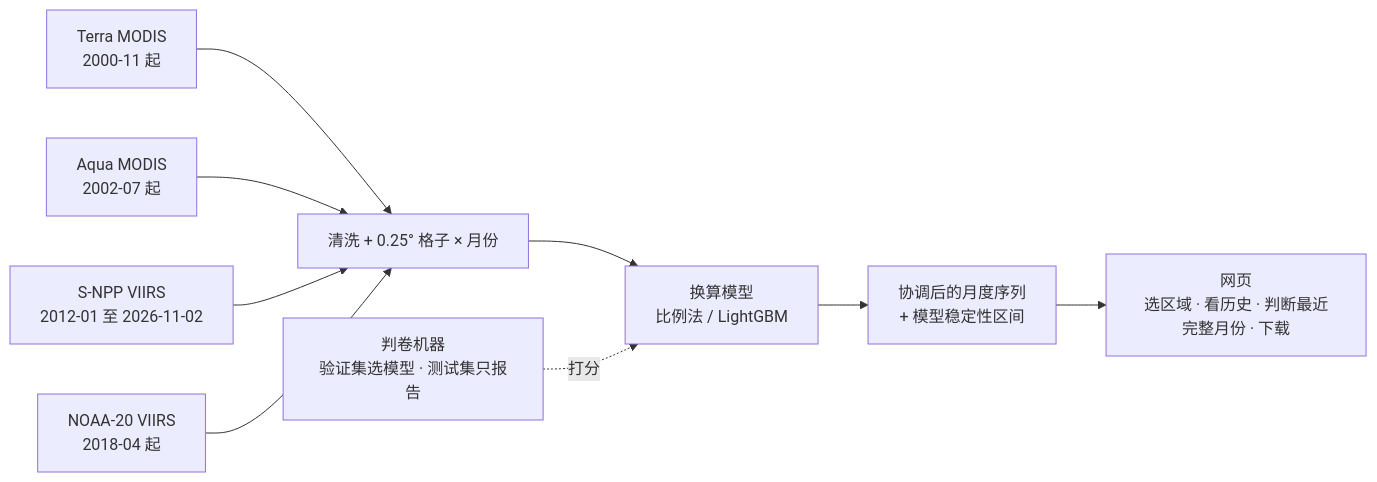
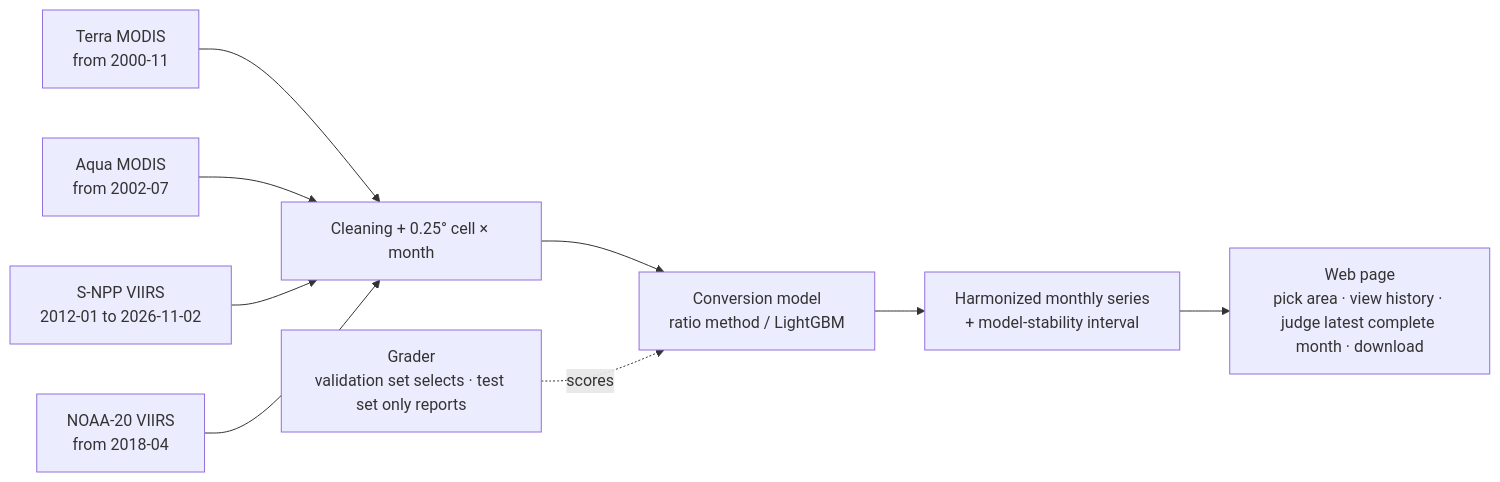
Before and after one commit to team-inspiratio/inspiratio-space-apps-2026-challenge: the diagram in docs/proposal.md, drawn with Mermaid. The commit also changed other lines of this file and 2 other files, not shown here.

````diff
--- a/docs/proposal.md
+++ b/docs/proposal.md
@@ -316,11 +316,11 @@
 ```mermaid
 flowchart LR
-  T[Terra MODIS<br/>2000-11 起] --> P[清洗 + 0.25° 格子 × 月份]
-  A[Aqua MODIS<br/>2002-07 起] --> P
-  S[S-NPP VIIRS<br/>2012-01 至 2026-11-02] --> P
-  N[NOAA-20 VIIRS<br/>2018-04 起] --> P
-  P --> K[换算模型<br/>比例法 / LightGBM]
-  J[判卷机器<br/>验证集选模型 · 测试集只报告] -.打分.-> K
-  K --> H[协调后的月度序列<br/>+ 模型稳定性区间]
-  H --> W[网页<br/>选区域 · 看历史 · 判断最近完整月份 · 下载]
+  T[Terra MODIS<br/>from 2000-11] --> P[Cleaning + 0.25° cell × month]
+  A[Aqua MODIS<br/>from 2002-07] --> P
+  S[S-NPP VIIRS<br/>2012-01 to 2026-11-02] --> P
+  N[NOAA-20 VIIRS<br/>from 2018-04] --> P
+  P --> K[Conversion model<br/>ratio method / LightGBM]
+  J[Grader<br/>validation set selects · test set only reports] -.scores.-> K
+  K --> H[Harmonized monthly series<br/>+ model-stability interval]
+  H --> W[Web page<br/>pick area · view history · judge latest complete month · download]
 ```
````
